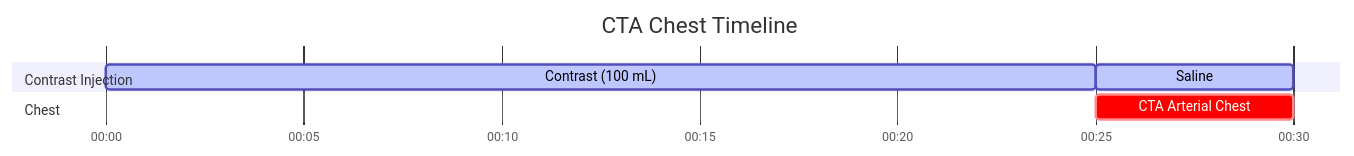
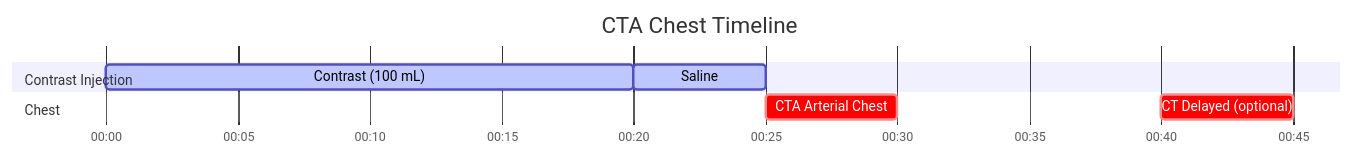
One commit to dfergs93/radiology-protocols changed the diagram in docs/ct/vascular/cta-chest.md. Above: the diagram before and after it, drawn with Mermaid. The commit also changed other lines of this file and 26 other files, not shown here.

````diff
--- a/docs/ct/vascular/cta-chest.md
+++ b/docs/ct/vascular/cta-chest.md
@@ -83,18 +86,19 @@
   ```mermaid
   ---
   displayMode: compact
   config:
     theme: default
     themeCSS: " #Saline{ fill: #4ed5ff; stroke: #2094f3; } "
   ---
     gantt
       title CTA Chest Timeline
       dateFormat mm:ss
       axisFormat %M:%S 
       
       section Contrast Injection
-      Contrast (100 mL)    :active, contrast, 00:00, 25s
+      Contrast (100 mL)    :active, contrast, 00:00, 20s
       Saline          :active, saline, after contrast, 5s
       section Chest
-      CTA Arterial Chest    :crit, scan1, after contrast, 5s
+      CTA Arterial Chest    :crit, scan1, after saline, 5s
+      CT Delayed (optional)    :crit, scan2, 00:40, 5s
   ```
````
